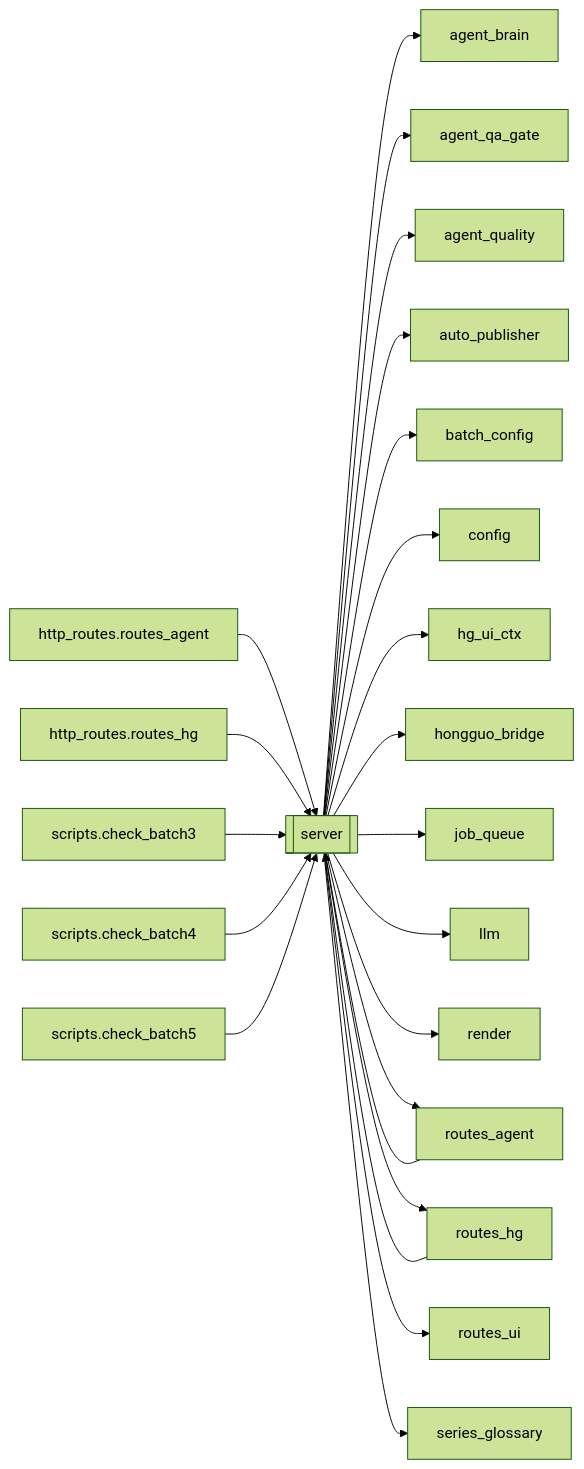
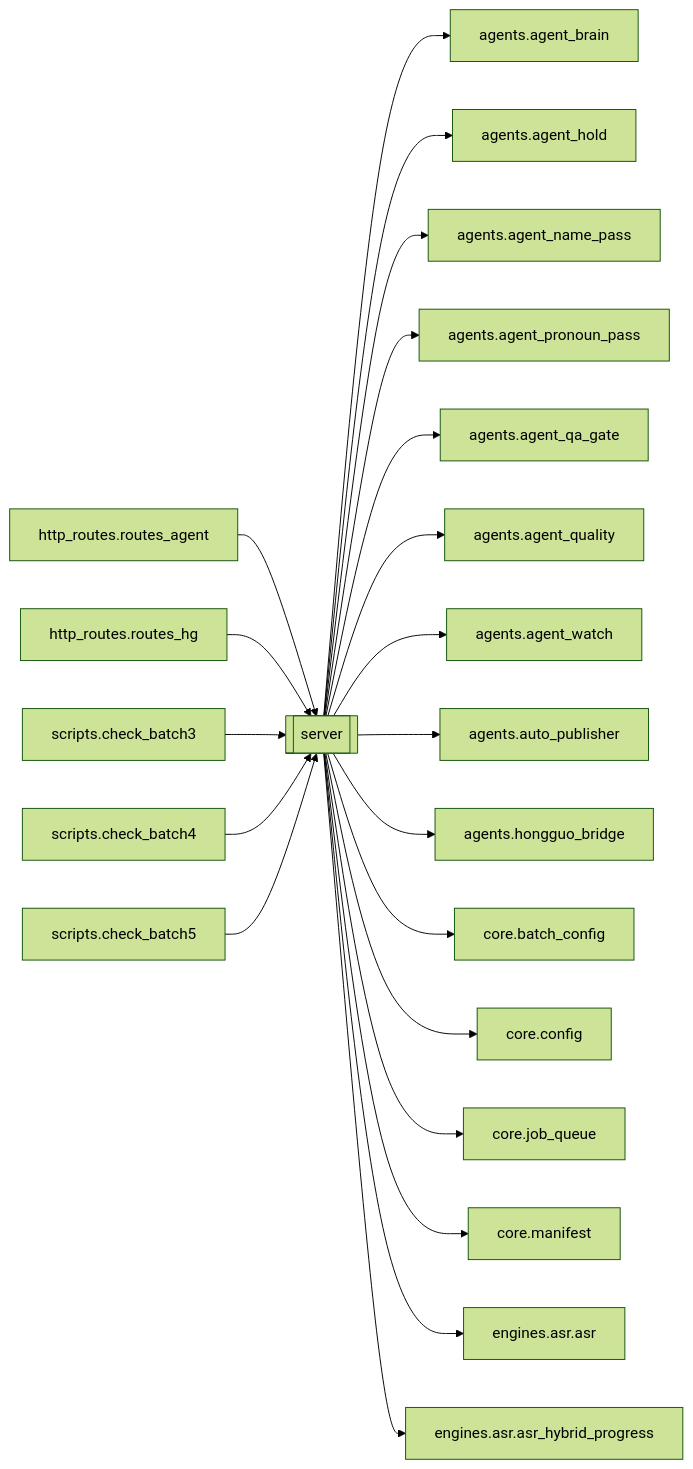
The diagram in docs/brain/modules/server.md (kjza178/PinelineV5), drawn with Mermaid (forest theme) before and after one commit. The commit also changed other lines of this file and 227 other files, not shown here.

````diff
--- a/docs/brain/modules/server.md
+++ b/docs/brain/modules/server.md
@@ -18,26 +18,24 @@
 ```mermaid
 flowchart LR
   server[[server]]
   http_routes_routes_agent[http_routes.routes_agent] --> server
   http_routes_routes_hg[http_routes.routes_hg] --> server
-  routes_agent[routes_agent] --> server
-  routes_hg[routes_hg] --> server
   scripts_check_batch3[scripts.check_batch3] --> server
   scripts_check_batch4[scripts.check_batch4] --> server
   scripts_check_batch5[scripts.check_batch5] --> server
-  server --> agent_brain[agent_brain]
-  server --> agent_qa_gate[agent_qa_gate]
-  server --> agent_quality[agent_quality]
-  server --> auto_publisher[auto_publisher]
-  server --> batch_config[batch_config]
-  server --> config[config]
-  server --> hg_ui_ctx[hg_ui_ctx]
-  server --> hongguo_bridge[hongguo_bridge]
-  server --> job_queue[job_queue]
-  server --> llm[llm]
-  server --> render[render]
-  server --> routes_agent[routes_agent]
-  server --> routes_hg[routes_hg]
-  server --> routes_ui[routes_ui]
-  server --> series_glossary[series_glossary]
+  server --> agents_agent_brain[agents.agent_brain]
+  server --> agents_agent_hold[agents.agent_hold]
+  server --> agents_agent_name_pass[agents.agent_name_pass]
+  server --> agents_agent_pronoun_pass[agents.agent_pronoun_pass]
+  server --> agents_agent_qa_gate[agents.agent_qa_gate]
+  server --> agents_agent_quality[agents.agent_quality]
+  server --> agents_agent_watch[agents.agent_watch]
+  server --> agents_auto_publisher[agents.auto_publisher]
+  server --> agents_hongguo_bridge[agents.hongguo_bridge]
+  server --> core_batch_config[core.batch_config]
+  server --> core_config[core.config]
+  server --> core_job_queue[core.job_queue]
+  server --> core_manifest[core.manifest]
+  server --> engines_asr_asr[engines.asr.asr]
+  server --> engines_asr_asr_hybrid_progress[engines.asr.asr_hybrid_progress]
 ```
````
